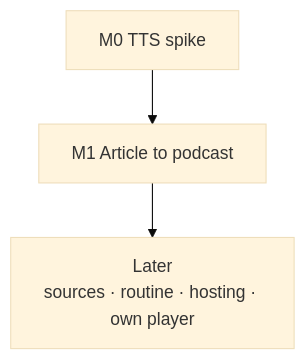
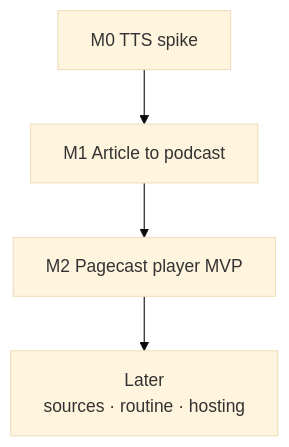
Before and after one commit to nahueltaibo/article-to-podcast: the diagram in .docs/roadmap.md, drawn with Mermaid (base theme). The commit also changed other lines of this file and 18 other files, not shown here.

First line of the commit message:
Add the Pagecast player MVP and keep animations as GIFs

````diff
--- a/.docs/roadmap.md
+++ b/.docs/roadmap.md
@@ -5,5 +5,6 @@
 ```mermaid
 flowchart TD
     M0[M0 TTS spike] --> M1[M1 Article to podcast]
-    M1 --> L[Later<br/>sources · routine · hosting · own player]
+    M1 --> M2[M2 Pagecast player MVP]
+    M2 --> L[Later<br/>sources · routine · hosting]
 ```
````
